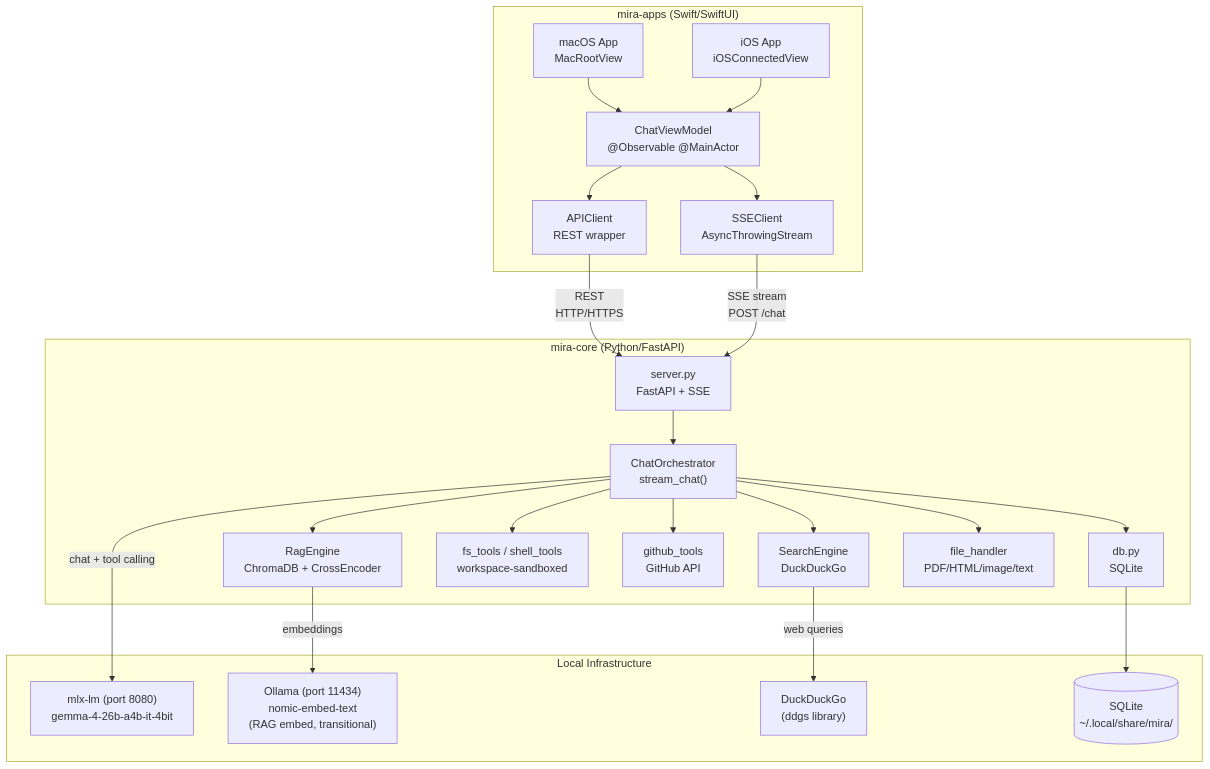
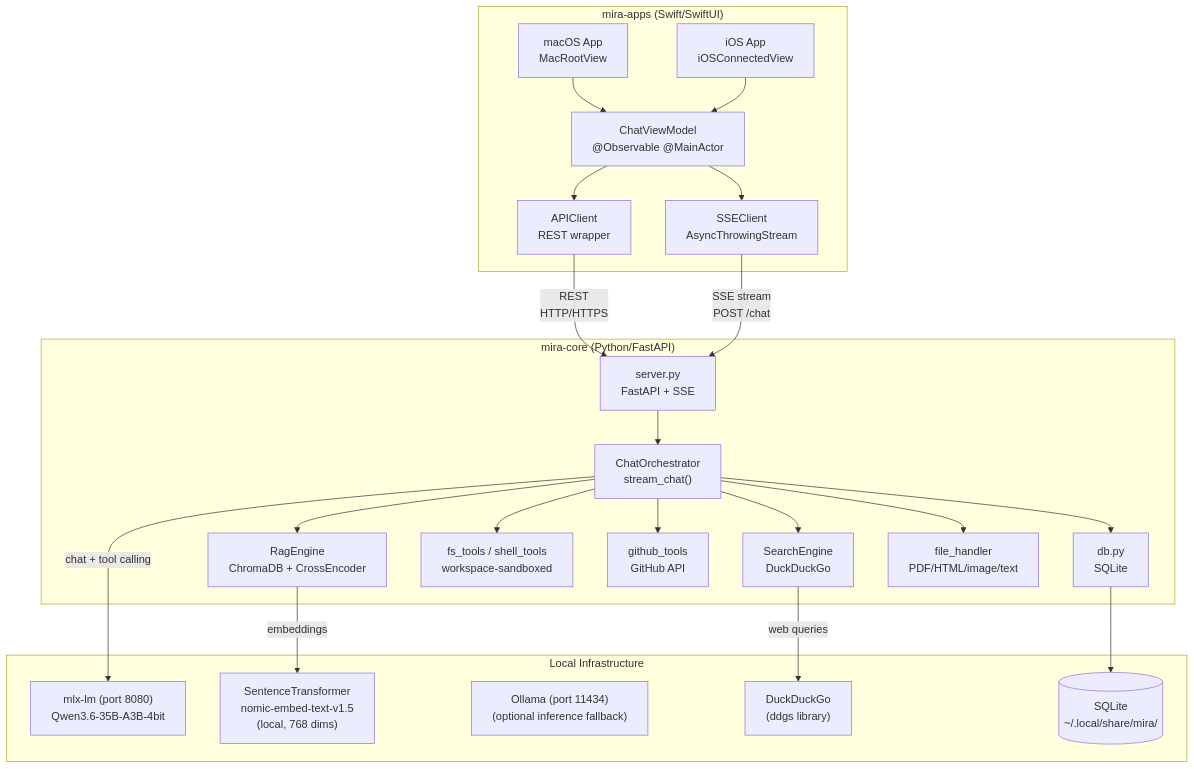
One commit to mabaeyens/mira-core changed the first of 6 diagrams in docs/diagram.md. Above: the diagram before and after it, drawn with Mermaid. The commit also changed other lines of this file and 5 other files, not shown here.

First line of the commit message:
docs: update all docs for Qwen3.6 default, per-request thinking, warmup, and sentence-transformers

````diff
--- a/docs/diagram.md
+++ b/docs/diagram.md
@@ -7,48 +7,49 @@
 ```mermaid
 graph TD
     subgraph mira-apps["mira-apps (Swift/SwiftUI)"]
         MAC["macOS App\nMacRootView"]
         IOS["iOS App\niOSConnectedView"]
         VM["ChatViewModel\n@Observable @MainActor"]
         API["APIClient\nREST wrapper"]
         SSE["SSEClient\nAsyncThrowingStream"]
 
         MAC --> VM
         IOS --> VM
         VM --> API
         VM --> SSE
     end
 
     subgraph mira-core["mira-core (Python/FastAPI)"]
         SRV["server.py\nFastAPI + SSE"]
         ORCH["ChatOrchestrator\nstream_chat()"]
         RAG["RagEngine\nChromaDB + CrossEncoder"]
         SEARCH["SearchEngine\nDuckDuckGo"]
         FS["fs_tools / shell_tools\nworkspace-sandboxed"]
         GH["github_tools\nGitHub API"]
         DB["db.py\nSQLite"]
         FH["file_handler\nPDF/HTML/image/text"]
 
         SRV --> ORCH
         ORCH --> RAG
         ORCH --> SEARCH
         ORCH --> FS
         ORCH --> GH
         ORCH --> DB
         ORCH --> FH
     end
 
     subgraph infra["Local Infrastructure"]
-        MLX["mlx-lm (port 8080)\ngemma-4-26b-a4b-it-4bit"]
-        OLLAMA["Ollama (port 11434)\nnomic-embed-text\n(RAG embed, transitional)"]
+        MLX["mlx-lm (port 8080)\nQwen3.6-35B-A3B-4bit"]
+        ST["SentenceTransformer\nnomic-embed-text-v1.5\n(local, 768 dims)"]
+        OLLAMA["Ollama (port 11434)\n(optional inference fallback)"]
         DDGS["DuckDuckGo\n(ddgs library)"]
         SQLITE[("SQLite\n~/.local/share/mira/")]
     end
 
     API -->|"REST\nHTTP/HTTPS"| SRV
     SSE -->|"SSE stream\nPOST /chat"| SRV
     ORCH -->|"chat + tool calling"| MLX
-    RAG -->|"embeddings"| OLLAMA
+    RAG -->|"embeddings"| ST
     SEARCH -->|"web queries"| DDGS
     DB --> SQLITE
 ```
````
